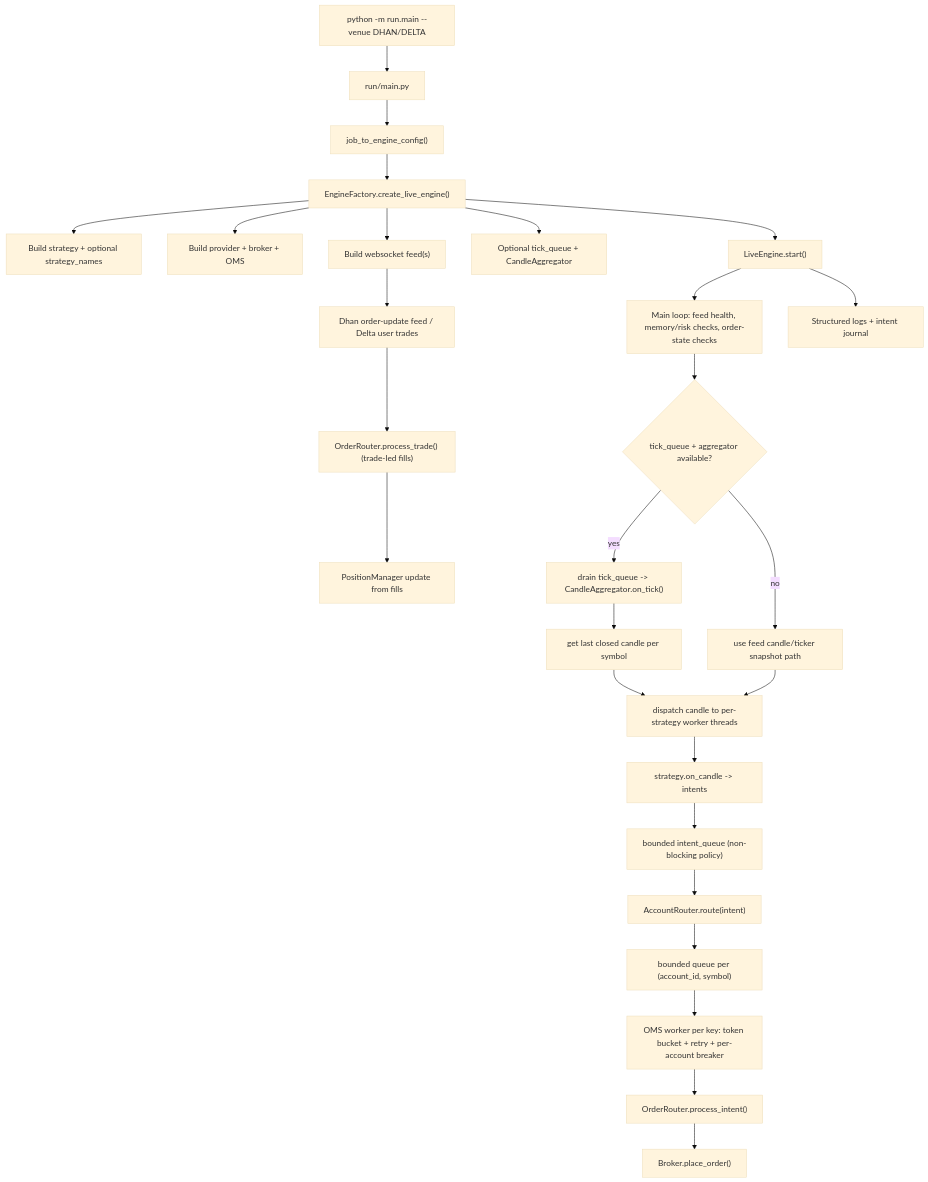
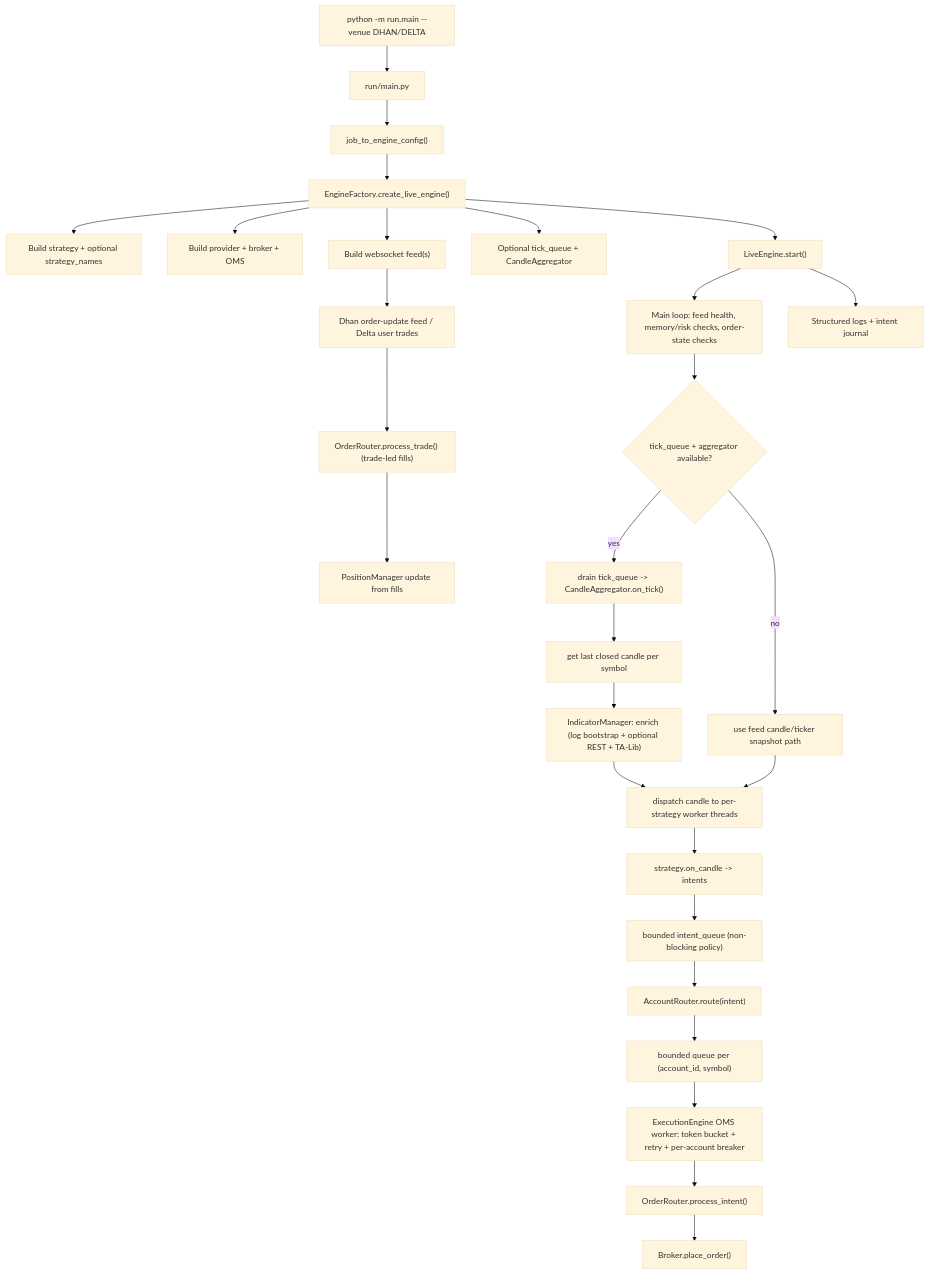
Before and after one commit to Eshwar066/Dhan-codebase: the second of 9 diagrams in PROJECT_FLOW_CHART.md, drawn with Mermaid (base theme). The commit also changed other lines of this file and 1 other file, not shown here.

Commit message:
flow chart

````diff
--- a/PROJECT_FLOW_CHART.md
+++ b/PROJECT_FLOW_CHART.md
@@ -87,34 +98,35 @@
 ```mermaid
 flowchart TD
     A["python -m run.main --venue DHAN/DELTA"] --> B["run/main.py"]
     B --> C["job_to_engine_config()"]
     C --> D["EngineFactory.create_live_engine()"]
 
     D --> E["Build strategy + optional strategy_names"]
     D --> F["Build provider + broker + OMS"]
     D --> G["Build websocket feed(s)"]
     D --> H["Optional tick_queue + CandleAggregator"]
     D --> I["LiveEngine.start()"]
 
     I --> J["Main loop: feed health, memory/risk checks, order-state checks"]
     J --> K{"tick_queue + aggregator available?"}
     K -- yes --> L["drain tick_queue -> CandleAggregator.on_tick()"]
     L --> M["get last closed candle per symbol"]
     K -- no --> N["use feed candle/ticker snapshot path"]
 
-    M --> O["dispatch candle to per-strategy worker threads"]
+    M --> IM["IndicatorManager: enrich (log bootstrap + optional REST + TA-Lib)"]
+    IM --> O["dispatch candle to per-strategy worker threads"]
     N --> O
     O --> P["strategy.on_candle -> intents"]
     P --> Q["bounded intent_queue (non-blocking policy)"]
     Q --> R["AccountRouter.route(intent)"]
     R --> S["bounded queue per (account_id, symbol)"]
-    S --> T["OMS worker per key: token bucket + retry + per-account breaker"]
+    S --> T["ExecutionEngine OMS worker: token bucket + retry + per-account breaker"]
     T --> U["OrderRouter.process_intent()"]
     U --> V["Broker.place_order()"]
 
     G --> W["Dhan order-update feed / Delta user trades"]
     W --> X["OrderRouter.process_trade() (trade-led fills)"]
     X --> Y["PositionManager update from fills"]
 
     I --> Z["Structured logs + intent journal"]
 ```
````
